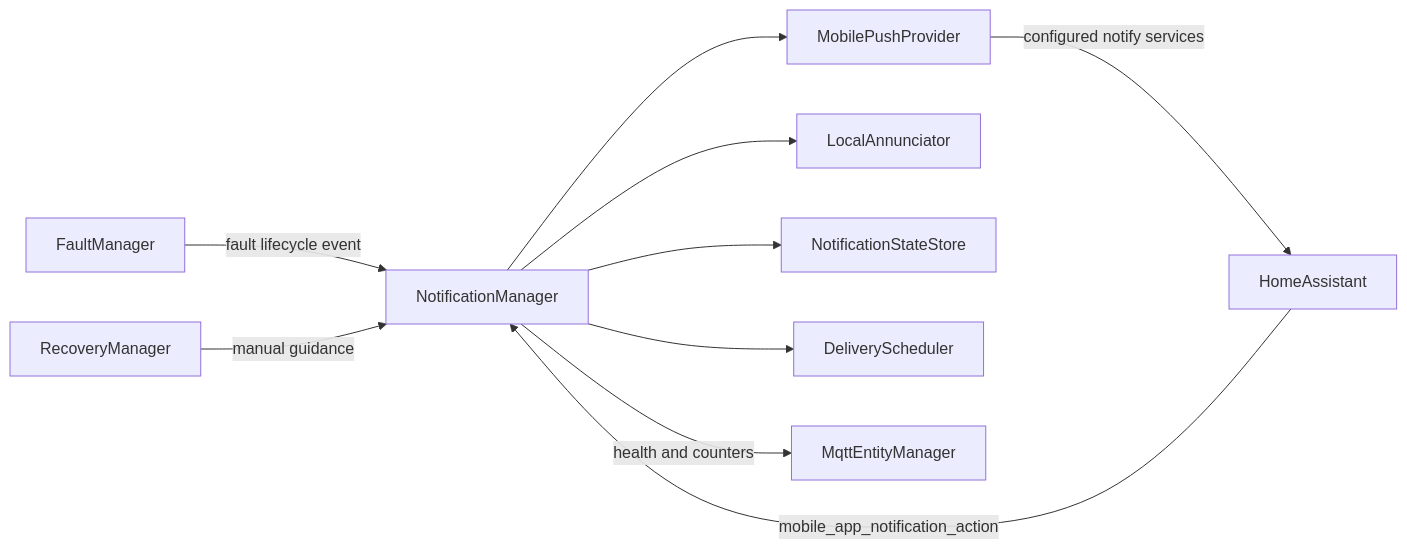
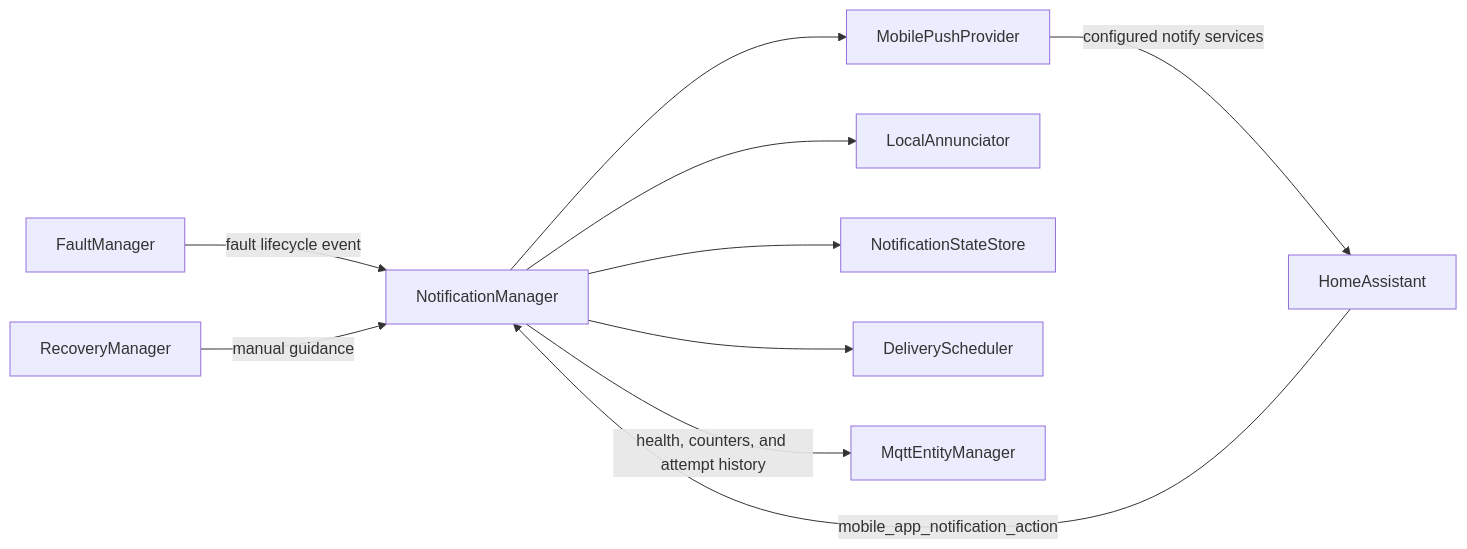
One commit to Arkaqius/SafetyComponent changed the diagram in docs/features/Mobile Notification Delivery - Architecture.md. Above: the diagram before and after it, drawn with Mermaid. The commit also changed other lines of this file and 15 other files, not shown here.

Commit message:
Add notification delivery history

````diff
--- a/docs/features/Mobile Notification Delivery - Architecture.md
+++ b/docs/features/Mobile Notification Delivery - Architecture.md
@@ -19,12 +19,12 @@
 ```mermaid
 flowchart LR
     FaultManager -->|fault lifecycle event| NotificationManager
     RecoveryManager -->|manual guidance| NotificationManager
     NotificationManager --> MobilePushProvider
     NotificationManager --> LocalAnnunciator
     NotificationManager --> NotificationStateStore
     NotificationManager --> DeliveryScheduler
     MobilePushProvider -->|configured notify services| HomeAssistant
     HomeAssistant -->|mobile_app_notification_action| NotificationManager
-    NotificationManager -->|health and counters| MqttEntityManager
+    NotificationManager -->|health, counters, and attempt history| MqttEntityManager
 ```
````
